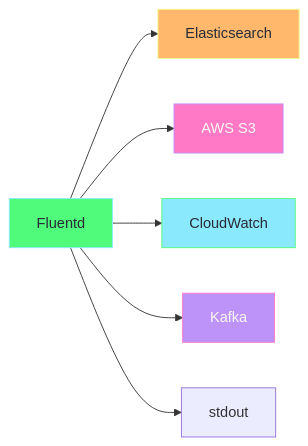
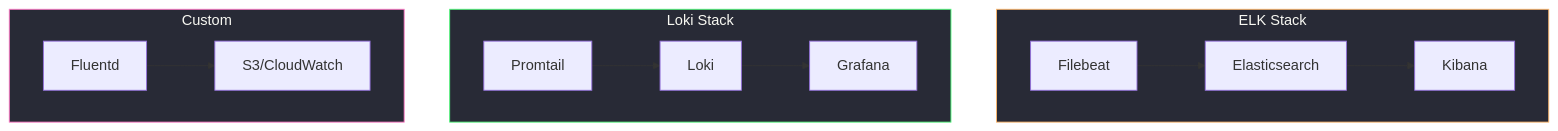
One commit to selvakumarperumal/k8s_minikube_learn changed the sixth of 6 diagrams in Workload_and_Application_Management/daemonset-fluentd-explained.md. Above: the diagram before and after it, drawn with Mermaid. The commit also changed other lines of this file and 1 other file, not shown here.

````diff
--- a/Workload_and_Application_Management/daemonset-fluentd-explained.md
+++ b/Workload_and_Application_Management/daemonset-fluentd-explained.md
@@ -267,14 +238,20 @@
 ```mermaid
-flowchart LR
-    Fluentd["Fluentd"] --> ES["Elasticsearch"]
-    Fluentd --> S3["AWS S3"]
-    Fluentd --> CW["CloudWatch"]
-    Fluentd --> Kafka["Kafka"]
-    Fluentd --> Stdout["stdout"]
+flowchart TB
+    subgraph Stack1["ELK Stack"]
+        FB1["Filebeat"] --> ES["Elasticsearch"]
+        ES --> Kibana["Kibana"]
+    end
     
-    style Fluentd fill:#50fa7b,stroke:#8be9fd,color:#282a36
-    style ES fill:#ffb86c,stroke:#f1fa8c,color:#282a36
-    style S3 fill:#ff79c6,stroke:#bd93f9,color:#f8f8f2
-    style CW fill:#8be9fd,stroke:#50fa7b,color:#282a36
-    style Kafka fill:#bd93f9,stroke:#ff79c6,color:#f8f8f2
+    subgraph Stack2["Loki Stack"]
+        PT["Promtail"] --> Loki["Loki"]
+        Loki --> Grafana["Grafana"]
+    end
+    
+    subgraph Stack3["Custom"]
+        FD["Fluentd"] --> S3["S3/CloudWatch"]
+    end
+    
+    style Stack1 fill:#282a36,stroke:#ffb86c,color:#f8f8f2
+    style Stack2 fill:#282a36,stroke:#50fa7b,color:#f8f8f2
+    style Stack3 fill:#282a36,stroke:#ff79c6,color:#f8f8f2
 ```
````
